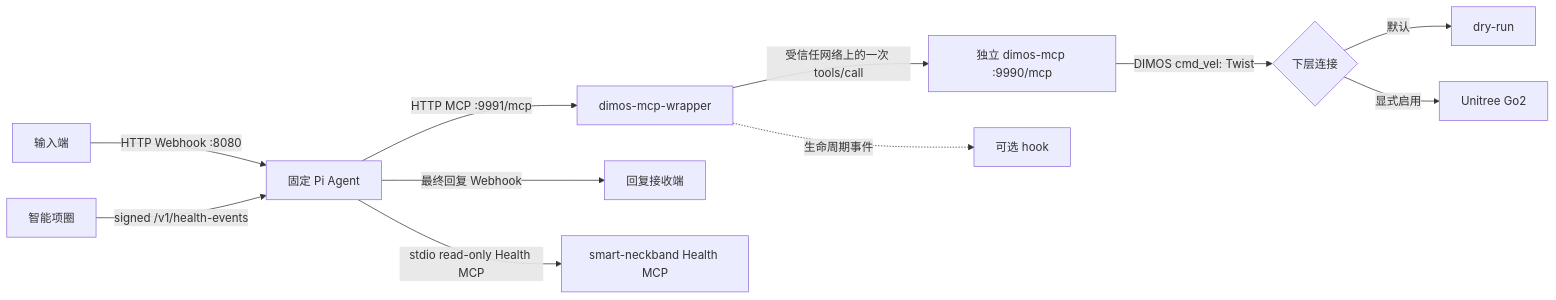
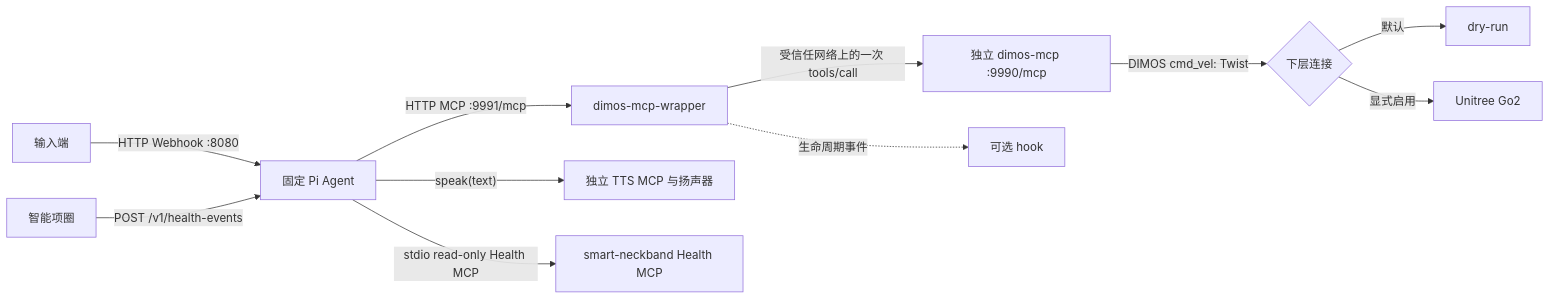
One commit to J9HSON/agent changed the diagram in USAGE.md. Above: the diagram before and after it, drawn with Mermaid. The commit also changed other lines of this file and 33 other files, not shown here.

First line of the commit message:
feat: remove reply webhook, add explicit TTS MCP tool

```diff
--- a/USAGE.md
+++ b/USAGE.md
@@ -13,13 +13,13 @@
 ~~~mermaid
 flowchart LR
     I["输入端"] -->|HTTP Webhook :8080| A["固定 Pi Agent"]
     A -->|HTTP MCP :9991/mcp| W["dimos-mcp-wrapper"]
     W -->|"受信任网络上的一次 tools/call"| D["独立 dimos-mcp :9990/mcp"]
     D -->|DIMOS cmd_vel: Twist| C{"下层连接"}
     C -->|默认| R["dry-run"]
     C -->|显式启用| G["Unitree Go2"]
     W -. 生命周期事件 .-> K["可选 hook"]
-    A -->|最终回复 Webhook| O["回复接收端"]
-    H["智能项圈"] -->|"signed /v1/health-events"| A
+    A -->|"speak(text)"| O["独立 TTS MCP 与扬声器"]
+    H["智能项圈"] -->|"POST /v1/health-events"| A
     A -->|"stdio read-only Health MCP"| M["smart-neckband Health MCP"]
 ~~~
```
